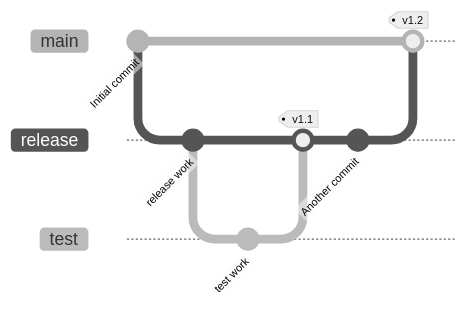
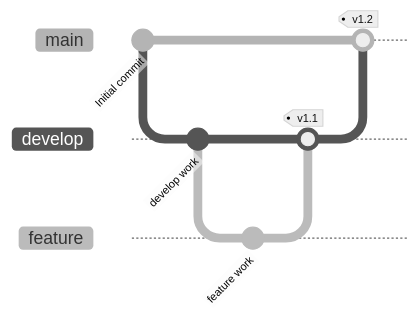
Before and after one commit to MudraR/MudraR.github.io: the third of 3 diagrams in _posts/2024-08-18-locking-down-tag-based-releases-from-envirionments.md, drawn with Mermaid (neutral theme).

Commit message:
remove uncessary commit from graph

````diff
--- a/_posts/2024-08-18-locking-down-tag-based-releases-from-envirionments.md
+++ b/_posts/2024-08-18-locking-down-tag-based-releases-from-envirionments.md
@@ -53,15 +53,14 @@
 ```mermaid
 gitGraph
    commit id: "Initial commit"
-   branch release
-   checkout release
-   commit id: "release work"
-   branch test
-   checkout test
-   commit id: "test work"
-   checkout release
-   merge test tag: "v1.1"
-   commit id: "Another commit"
+   branch develop
+   checkout develop
+   commit id: "develop work"
+   branch feature
+   checkout feature
+   commit id: "feature work"
+   checkout develop
+   merge feature tag: "v1.1"
    checkout main
-   merge release tag: "v1.2"
+   merge develop tag: "v1.2"
 ```
````
